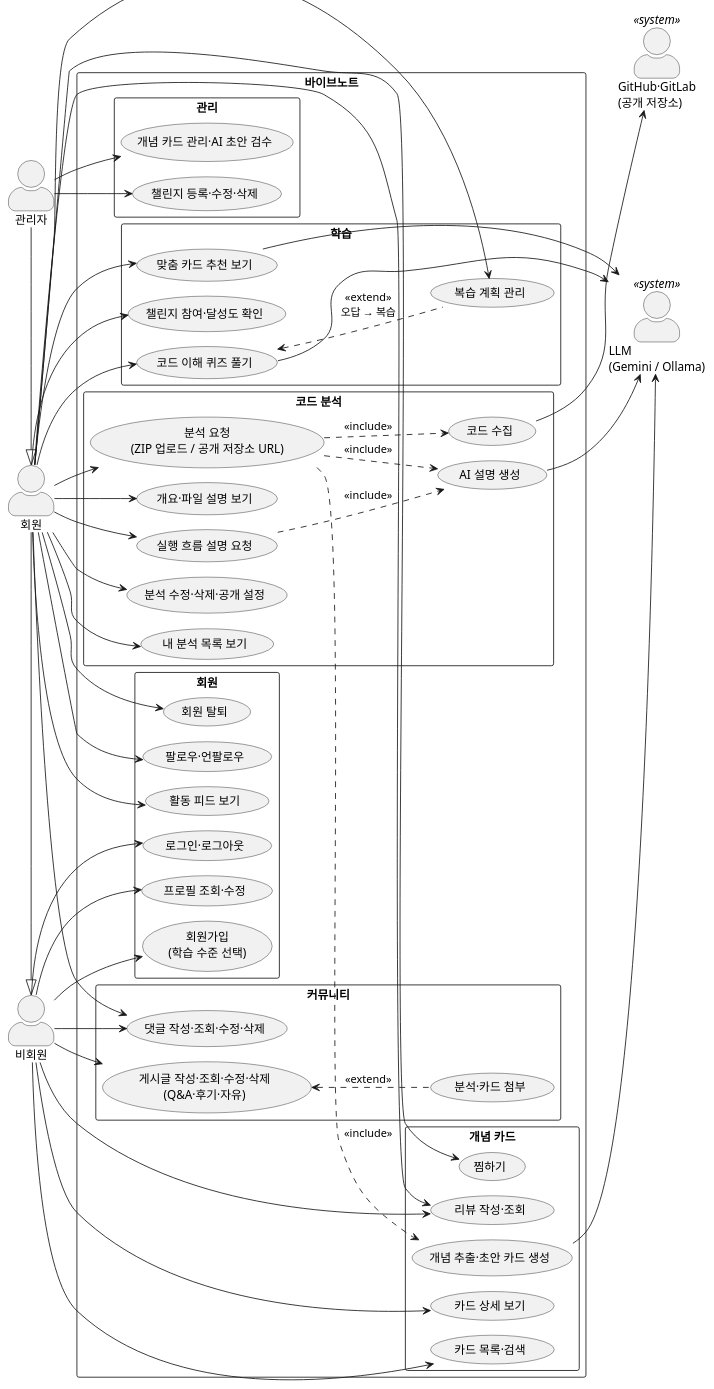
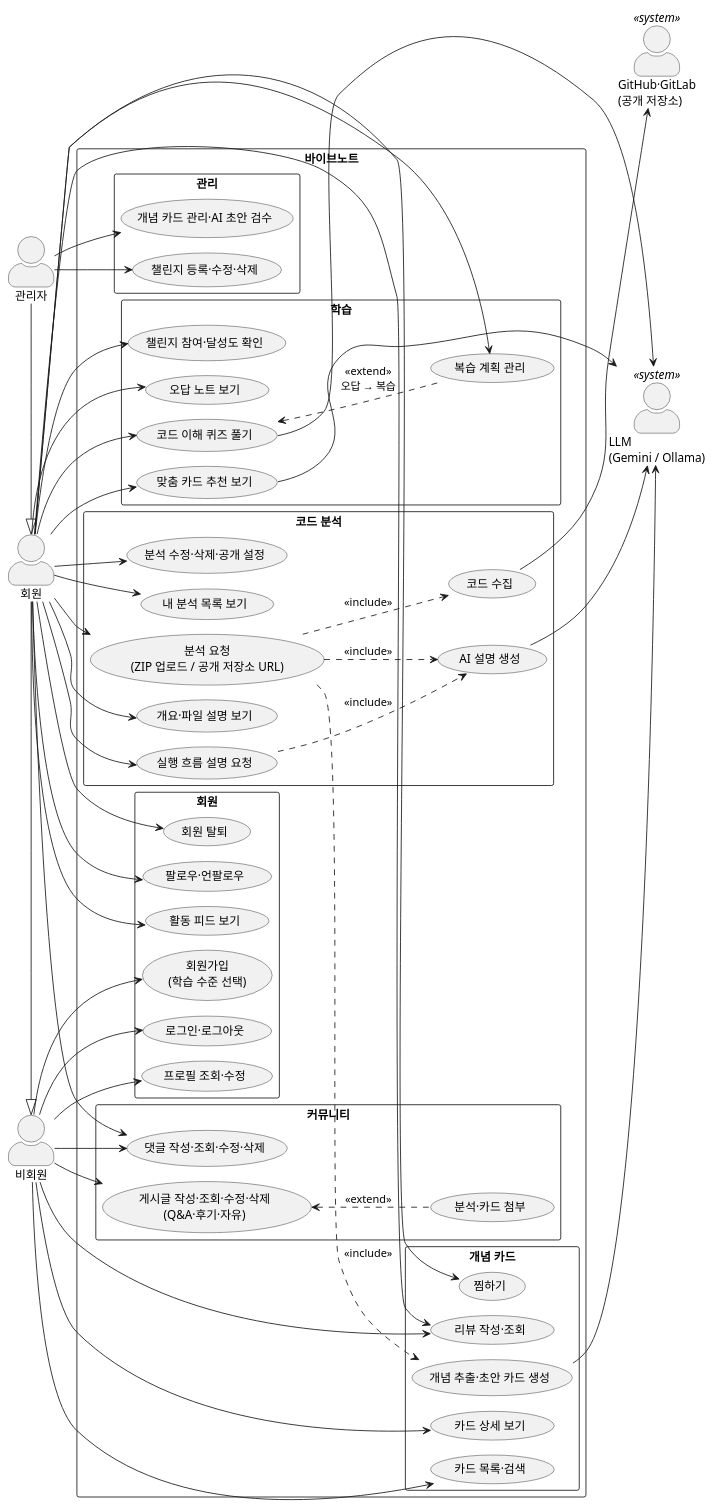
Before and after one commit to whans1996/final: the diagram in docs/산출물/diagrams/usecase.puml, drawn with PlantUML. The commit also changed 3 other files, not shown here.

```diff
--- a/docs/산출물/diagrams/usecase.puml
+++ b/docs/산출물/diagrams/usecase.puml
@@ -1,105 +1,107 @@
 @startuml usecase
 ' 바이브노트 Use-Case Diagram (소스). 렌더링 명령은 02-유스케이스.md 머리에 있다 → docs/산출물/diagrams/usecase.png
 ' smetana 배치 엔진이라 Graphviz 없이 JDK만으로 렌더링된다
 !pragma layout smetana
 left to right direction
 skinparam packageStyle rectangle
 skinparam actorStyle awesome
 
 actor "비회원" as Guest
 actor "회원" as Member
 actor "관리자" as Admin
 actor "LLM\n(Gemini / Ollama)" as LLM <<system>>
 actor "GitHub·GitLab\n(공개 저장소)" as Repo <<system>>
 
 Member -|> Guest
 Admin -|> Member
 
 rectangle "바이브노트" {
   package "회원" {
     usecase "회원가입\n(학습 수준 선택)" as UC01
     usecase "로그인·로그아웃" as UC02
     usecase "프로필 조회·수정" as UC03
     usecase "회원 탈퇴" as UC04
     usecase "팔로우·언팔로우" as UC05
     usecase "활동 피드 보기" as UC06
   }
 
   package "코드 분석" {
     usecase "분석 요청\n(ZIP 업로드 / 공개 저장소 URL)" as UC10
     usecase "개요·파일 설명 보기" as UC11
     usecase "실행 흐름 설명 요청" as UC12
     usecase "분석 수정·삭제·공개 설정" as UC13
     usecase "코드 수집" as UC14
     usecase "AI 설명 생성" as UC15
     usecase "내 분석 목록 보기" as UC16
   }
 
   package "개념 카드" {
     usecase "카드 목록·검색" as UC20
     usecase "카드 상세 보기" as UC21
     usecase "리뷰 작성·조회" as UC22
     usecase "찜하기" as UC23
     usecase "개념 추출·초안 카드 생성" as UC24
   }
 
   package "학습" {
     usecase "코드 이해 퀴즈 풀기" as UC30
     usecase "복습 계획 관리" as UC31
     usecase "맞춤 카드 추천 보기" as UC32
     usecase "챌린지 참여·달성도 확인" as UC33
+    usecase "오답 노트 보기" as UC34
   }
 
   package "커뮤니티" {
     usecase "게시글 작성·조회·수정·삭제\n(Q&A·후기·자유)" as UC40
     usecase "댓글 작성·조회·수정·삭제" as UC41
     usecase "분석·카드 첨부" as UC42
   }
 
   package "관리" {
     usecase "개념 카드 관리·AI 초안 검수" as UC50
     usecase "챌린지 등록·수정·삭제" as UC51
   }
 }
 
 Guest --> UC01
 Guest --> UC02
 Guest --> UC20
 Guest --> UC03
 Guest --> UC21
 Guest --> UC22
 Guest --> UC41
 Guest --> UC40
 
 Member --> UC04
 Member --> UC05
 Member --> UC06
 Member --> UC10
 Member --> UC11
 Member --> UC12
 Member --> UC13
 Member --> UC16
 Member --> UC22
 Member --> UC23
 Member --> UC30
 Member --> UC31
 Member --> UC32
 Member --> UC33
+Member --> UC34
 Member --> UC41
 
 Admin --> UC50
 Admin --> UC51
 
 UC10 ..> UC14 : <<include>>
 UC10 ..> UC15 : <<include>>
 UC10 ..> UC24 : <<include>>
 UC12 ..> UC15 : <<include>>
 UC40 <.. UC42 : <<extend>>
 UC30 <.. UC31 : <<extend>>\n오답 → 복습
 
 UC14 --> Repo
 UC15 --> LLM
 UC24 --> LLM
 UC30 --> LLM
 UC32 --> LLM
 @enduml
```
